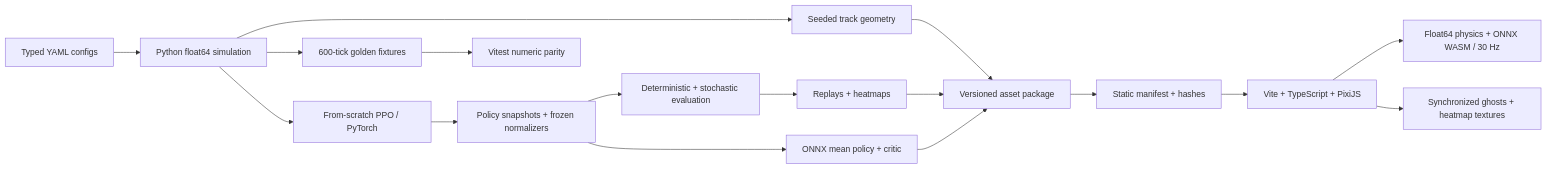
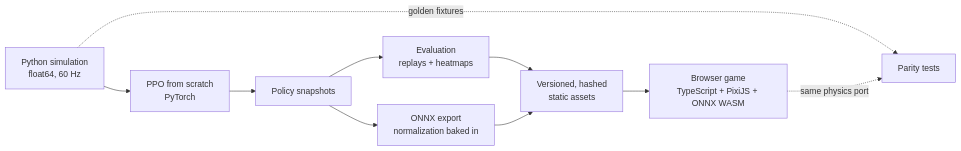
One commit to joeycatic/ReinforcedRacing changed the diagram in README.md. Above: the diagram before and after it, drawn with Mermaid. The commit also changed other lines of this file and 55 other files, not shown here.

````diff
--- a/README.md
+++ b/README.md
@@ -88,19 +47,12 @@
 ```mermaid
 flowchart LR
-    Config[Typed YAML configs] --> Sim[Python float64 simulation]
-    Sim --> PPO[From-scratch PPO / PyTorch]
-    PPO --> Snap[Policy snapshots + frozen normalizers]
-    Sim --> Tracks[Seeded track geometry]
-    Snap --> Eval[Deterministic + stochastic evaluation]
-    Eval --> Data[Replays + heatmaps]
-    Snap --> ONNX[ONNX mean policy + critic]
-    Tracks --> Package[Versioned asset package]
-    Data --> Package
-    ONNX --> Package
-    Package --> Manifest[Static manifest + hashes]
-    Manifest --> Web[Vite + TypeScript + PixiJS]
-    Web --> Runtime[Float64 physics + ONNX WASM / 30 Hz]
-    Web --> Viewer[Synchronized ghosts + heatmap textures]
-    Sim --> Gold[600-tick golden fixtures]
-    Gold --> Parity[Vitest numeric parity]
+    Sim[Python simulation<br/>float64, 60 Hz] --> PPO[PPO from scratch<br/>PyTorch]
+    PPO --> Snap[Policy snapshots]
+    Snap --> Eval[Evaluation<br/>replays + heatmaps]
+    Snap --> ONNX[ONNX export<br/>normalization baked in]
+    Eval --> Assets[Versioned, hashed<br/>static assets]
+    ONNX --> Assets
+    Assets --> Web[Browser game<br/>TypeScript + PixiJS + ONNX WASM]
+    Sim -. golden fixtures .-> Parity[Parity tests]
+    Web -. same physics port .-> Parity
 ```
````
